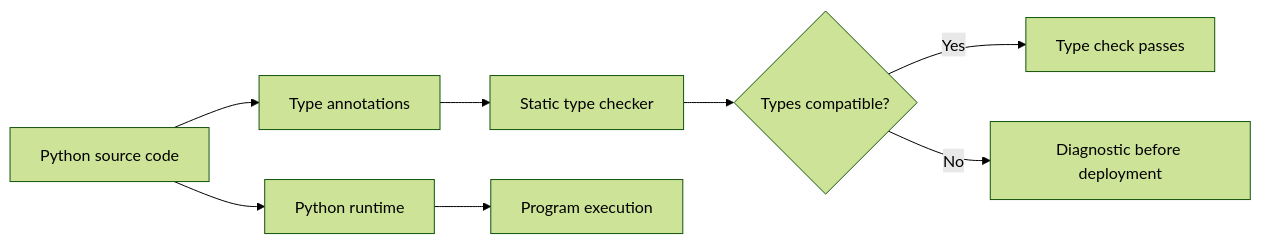
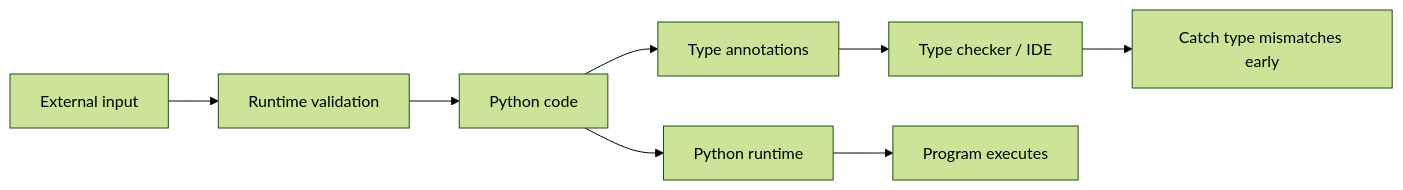
Before and after one commit to AvadhBhalodiya/Interview-Preparation: the first of 4 diagrams in src/content/python/type-hints-typing.md, drawn with Mermaid (forest theme). The commit also changed other lines of this file and 80 other files, not shown here.

````diff
--- a/src/content/python/type-hints-typing.md
+++ b/src/content/python/type-hints-typing.md
@@ -21,10 +24,12 @@
 ```mermaid
 flowchart LR
-    A[Python source code] --> B[Type annotations]
-    A --> C[Python runtime]
-    B --> D[Static type checker]
-    D --> E{Types compatible?}
-    E -->|Yes| F[Type check passes]
-    E -->|No| G[Diagnostic before deployment]
-    C --> H[Program execution]
+    A[Python code] --> B[Type annotations]
+    B --> C[Type checker / IDE]
+    C --> D[Catch type mismatches early]
+
+    A --> E[Python runtime]
+    E --> F[Program executes]
+
+    G[External input] --> H[Runtime validation]
+    H --> A
 ```
````
